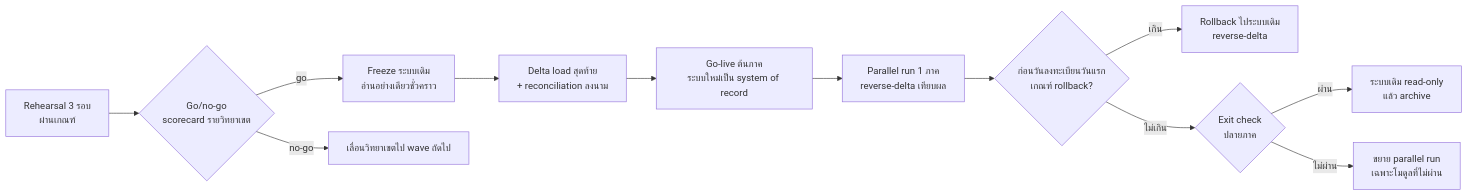
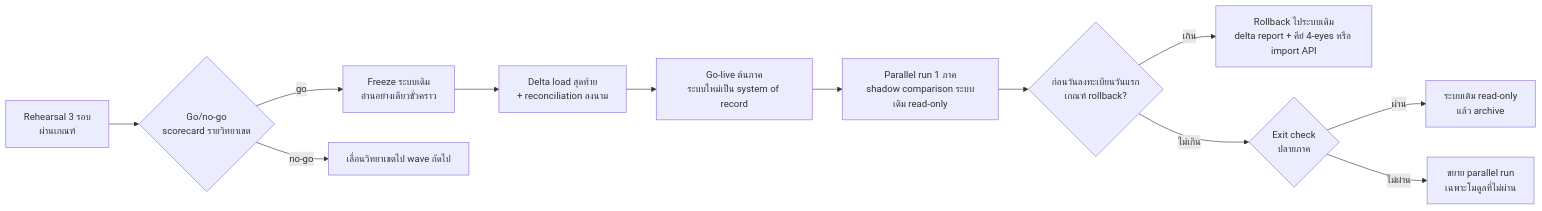
Before and after one commit to Ruttanachote/Ai: the third of 3 diagrams in tnsu-system/docs/11-operations.md, drawn with Mermaid. The commit also changed other lines of this file and 3 other files, not shown here.

````diff
--- a/tnsu-system/docs/11-operations.md
+++ b/tnsu-system/docs/11-operations.md
@@ -531,14 +534,14 @@
 ```mermaid
 flowchart LR
   R["Rehearsal 3 รอบ<br/>ผ่านเกณฑ์"] --> GNG{"Go/no-go<br/>scorecard รายวิทยาเขต"}
   GNG -->|"go"| FRZ["Freeze ระบบเดิม<br/>อ่านอย่างเดียวชั่วคราว"]
   GNG -->|"no-go"| NEXT["เลื่อนวิทยาเขตไป wave ถัดไป"]
   FRZ --> DL["Delta load สุดท้าย<br/>+ reconciliation ลงนาม"]
   DL --> LIVE["Go-live ต้นภาค<br/>ระบบใหม่เป็น system of record"]
-  LIVE --> PAR["Parallel run 1 ภาค<br/>reverse-delta เทียบผล"]
+  LIVE --> PAR["Parallel run 1 ภาค<br/>shadow comparison ระบบเดิม read-only"]
   PAR --> RB{"ก่อนวันลงทะเบียนวันแรก<br/>เกณฑ์ rollback?"}
-  RB -->|"เกิน"| BACK["Rollback ไประบบเดิม<br/>reverse-delta"]
+  RB -->|"เกิน"| BACK["Rollback ไประบบเดิม<br/>delta report + คีย์ 4-eyes หรือ import API"]
   RB -->|"ไม่เกิน"| EXIT{"Exit check<br/>ปลายภาค"}
   EXIT -->|"ผ่าน"| RO["ระบบเดิม read-only<br/>แล้ว archive"]
   EXIT -->|"ไม่ผ่าน"| EXT["ขยาย parallel run<br/>เฉพาะโมดูลที่ไม่ผ่าน"]
 ```
````
